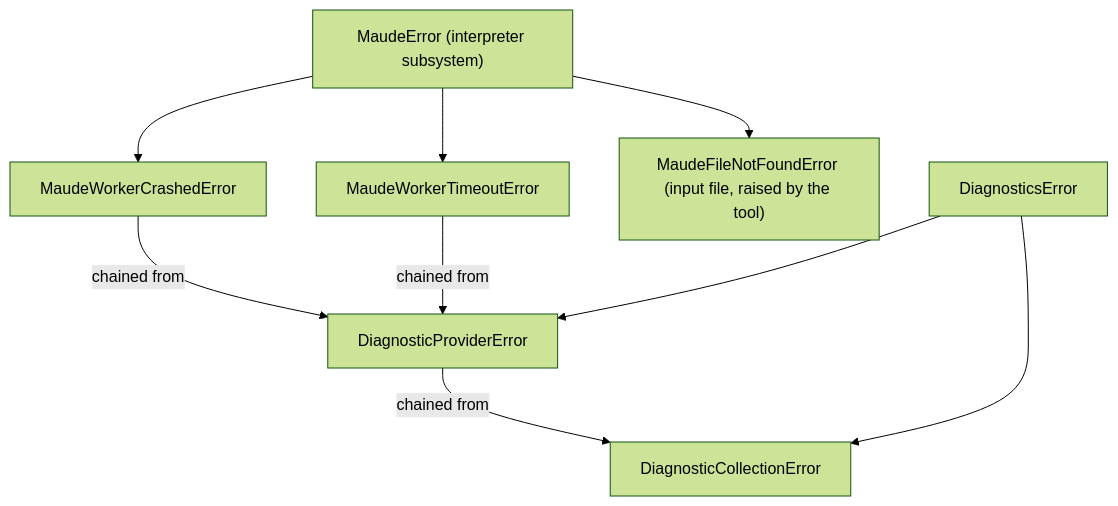
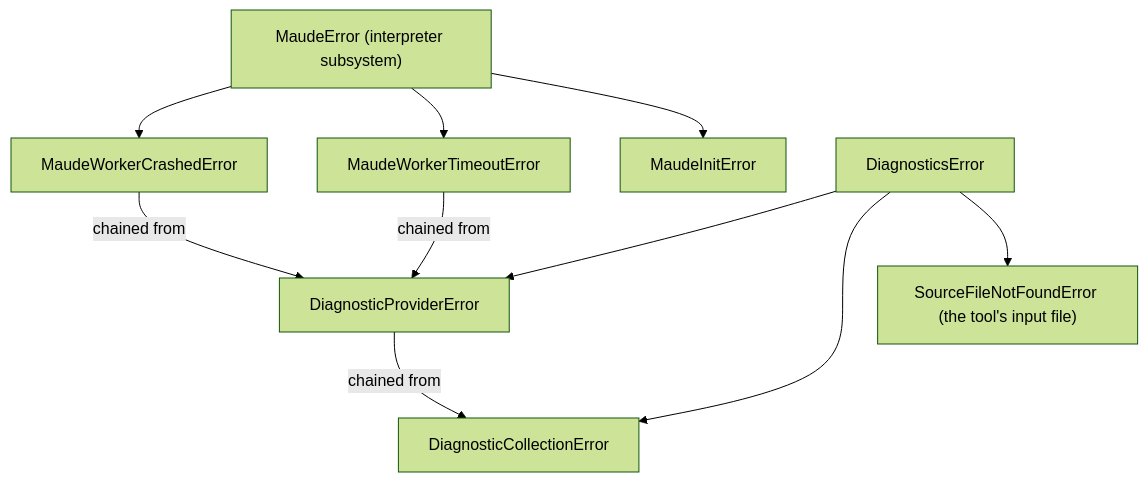
One commit to demiourgoi/Harold changed the fourth of 4 diagrams in harold-mcp/.agents/planning/port-linter.py/design/detailed-design.md. Above: the diagram before and after it, drawn with Mermaid (forest theme). The commit also changed other lines of this file and 3 other files, not shown here.

````diff
--- a/harold-mcp/.agents/planning/port-linter.py/design/detailed-design.md
+++ b/harold-mcp/.agents/planning/port-linter.py/design/detailed-design.md
@@ -1027,11 +1051,12 @@
 ```mermaid
 graph TB
     MAUDE["MaudeError (interpreter subsystem)"] --> CRASH["MaudeWorkerCrashedError"]
     MAUDE --> TIMEOUT["MaudeWorkerTimeoutError"]
-    MAUDE --> FILENF["MaudeFileNotFoundError (input file, raised by the tool)"]
+    MAUDE --> INIT["MaudeInitError"]
     CRASH -->|chained from| PE["DiagnosticProviderError"]
     TIMEOUT -->|chained from| PE
     DE["DiagnosticsError"] --> PE
     DE --> CE["DiagnosticCollectionError"]
+    DE --> SNF["SourceFileNotFoundError (the tool's input file)"]
     PE -->|chained from| CE
 ```
````
